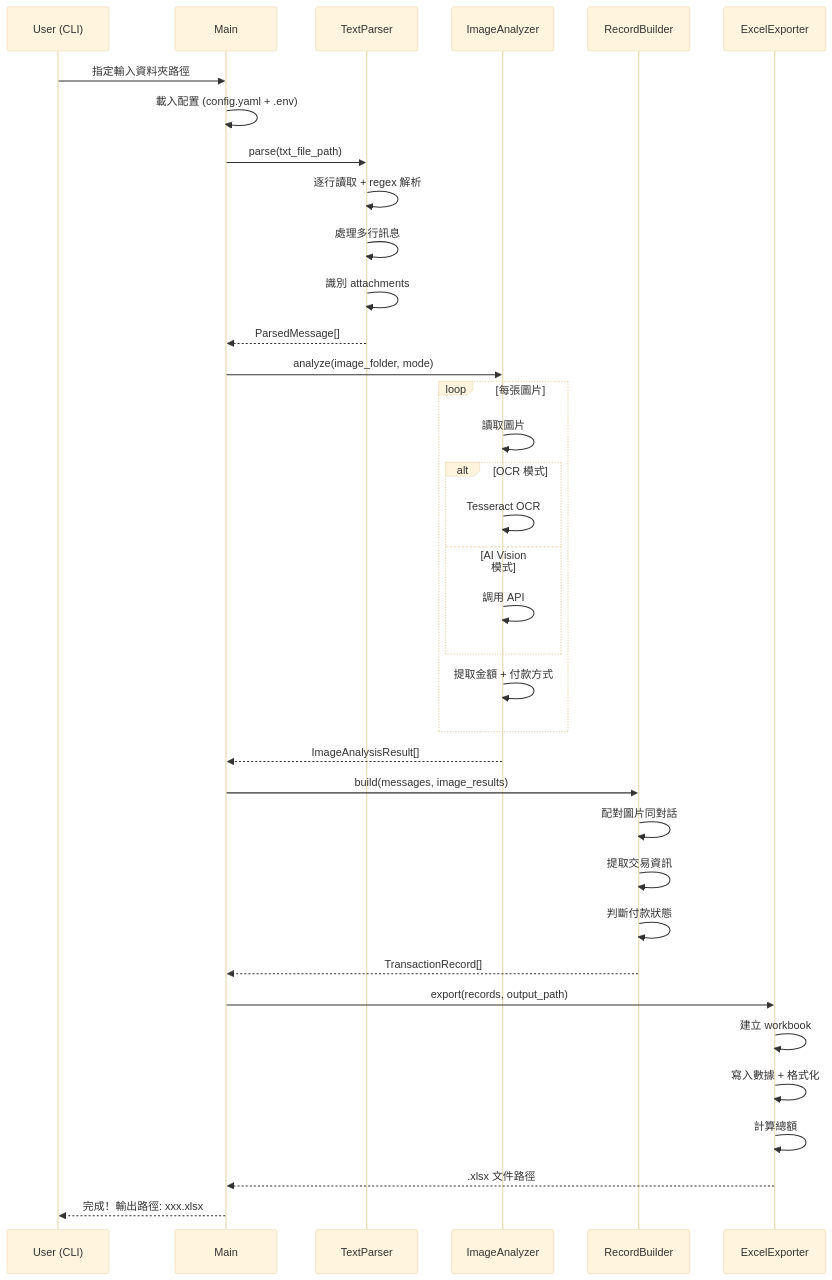
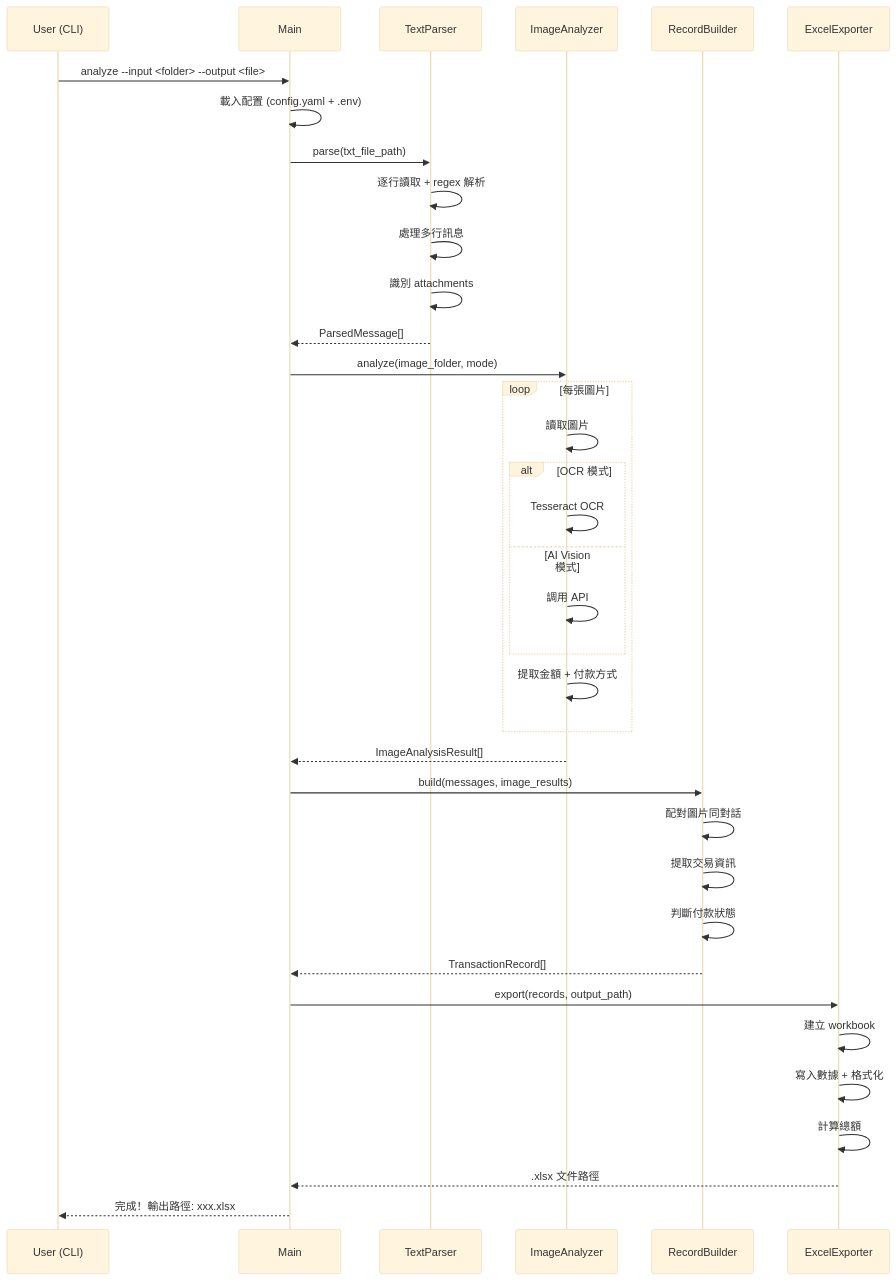
One commit to projectdave425528/ProjectAgentExample changed the first of 3 diagrams in main-agent/ProjectRecord/ProjectWhatsapp/specs/design.md. Above: the diagram before and after it, drawn with Mermaid (base theme). The commit also changed other lines of this file and 29 other files, not shown here.

````diff
--- a/main-agent/ProjectRecord/ProjectWhatsapp/specs/design.md
+++ b/main-agent/ProjectRecord/ProjectWhatsapp/specs/design.md
@@ -200,43 +142,43 @@
 ```mermaid
 sequenceDiagram
     participant U as User (CLI)
     participant M as Main
     participant P as TextParser
     participant A as ImageAnalyzer
     participant B as RecordBuilder
     participant E as ExcelExporter
 
-    U->>M: 指定輸入資料夾路徑
+    U->>M: analyze --input <folder> --output <file>
     M->>M: 載入配置 (config.yaml + .env)
     M->>P: parse(txt_file_path)
     P->>P: 逐行讀取 + regex 解析
     P->>P: 處理多行訊息
     P->>P: 識別 attachments
     P-->>M: ParsedMessage[]
 
     M->>A: analyze(image_folder, mode)
     loop 每張圖片
         A->>A: 讀取圖片
         alt OCR 模式
             A->>A: Tesseract OCR
         else AI Vision 模式
             A->>A: 調用 API
         end
         A->>A: 提取金額 + 付款方式
     end
     A-->>M: ImageAnalysisResult[]
 
     M->>B: build(messages, image_results)
     B->>B: 配對圖片同對話
     B->>B: 提取交易資訊
     B->>B: 判斷付款狀態
     B-->>M: TransactionRecord[]
 
     M->>E: export(records, output_path)
     E->>E: 建立 workbook
     E->>E: 寫入數據 + 格式化
     E->>E: 計算總額
     E-->>M: .xlsx 文件路徑
 
     M-->>U: 完成！輸出路徑: xxx.xlsx
 ```
````
